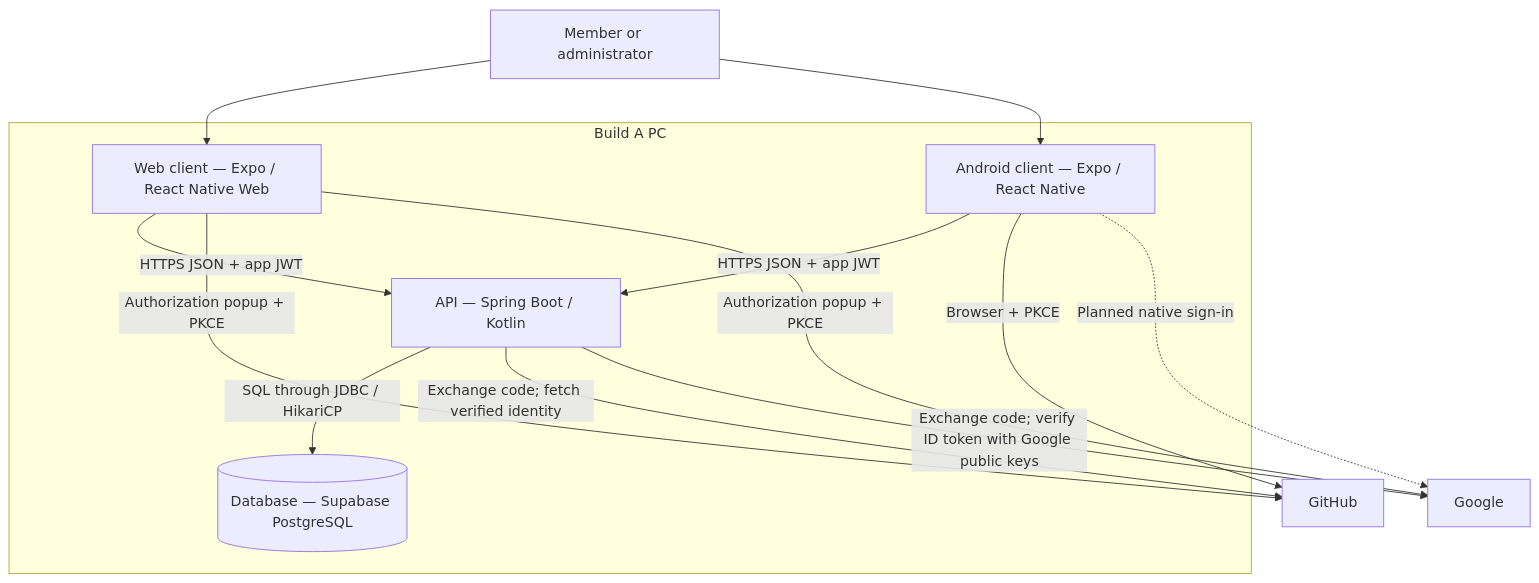
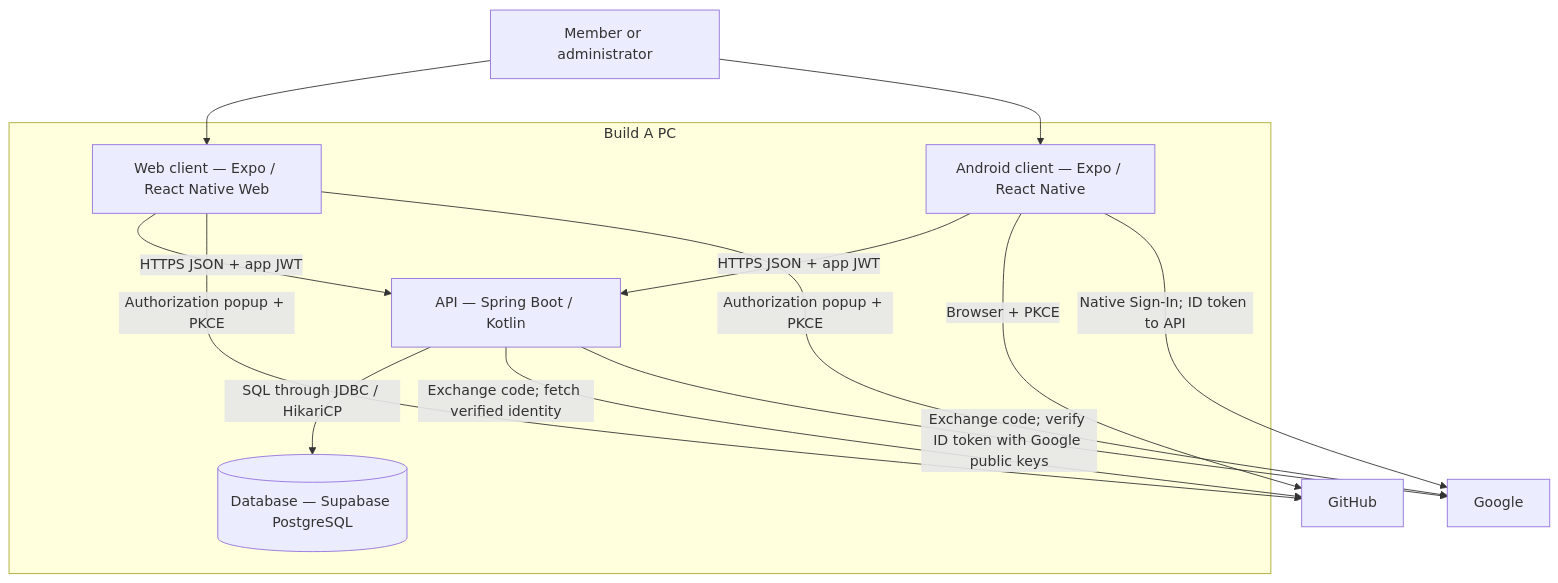
The second of 2 diagrams in docs/architecture.md (The-Fry-Guys/Build_A_PC), drawn with Mermaid before and after one commit. The commit also changed other lines of this file and 33 other files, not shown here.

Commit message:
google oauth android

````diff
--- a/docs/architecture.md
+++ b/docs/architecture.md
@@ -22,21 +23,21 @@
 ```mermaid
 flowchart TB
     Person["Member or administrator"]
     subgraph System["Build A PC"]
         Web["Web client — Expo / React Native Web"]
         Android["Android client — Expo / React Native"]
         API["API — Spring Boot / Kotlin"]
         DB[("Database — Supabase PostgreSQL")]
         Web -->|"HTTPS JSON + app JWT"| API
         Android -->|"HTTPS JSON + app JWT"| API
         API -->|"SQL through JDBC / HikariCP"| DB
     end
     Person --> Web
     Person --> Android
     Web -->|"Authorization popup + PKCE"| GitHub["GitHub"]
     Android -->|"Browser + PKCE"| GitHub
     API -->|"Exchange code; fetch verified identity"| GitHub
     Web -->|"Authorization popup + PKCE"| Google["Google"]
-    Android -.->|"Planned native sign-in"| Google
+    Android -->|"Native Sign-In; ID token to API"| Google
     API -->|"Exchange code; verify ID token with Google public keys"| Google
 ```
````
